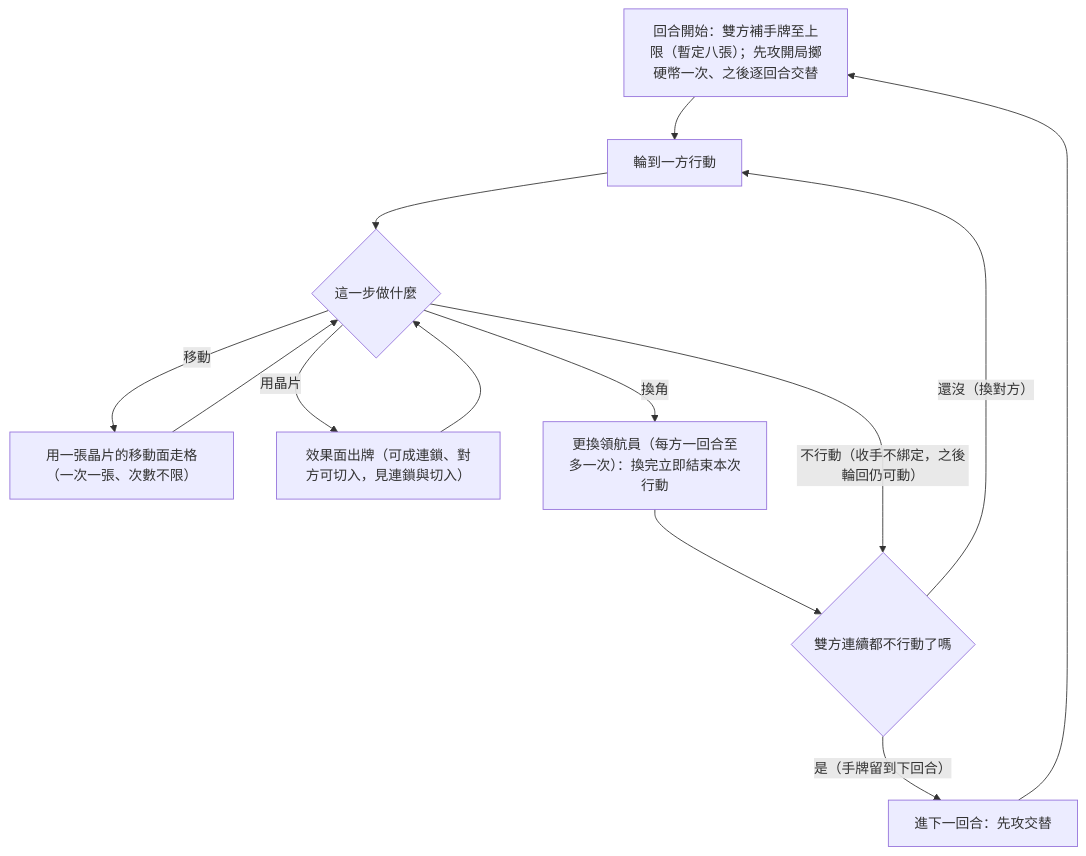
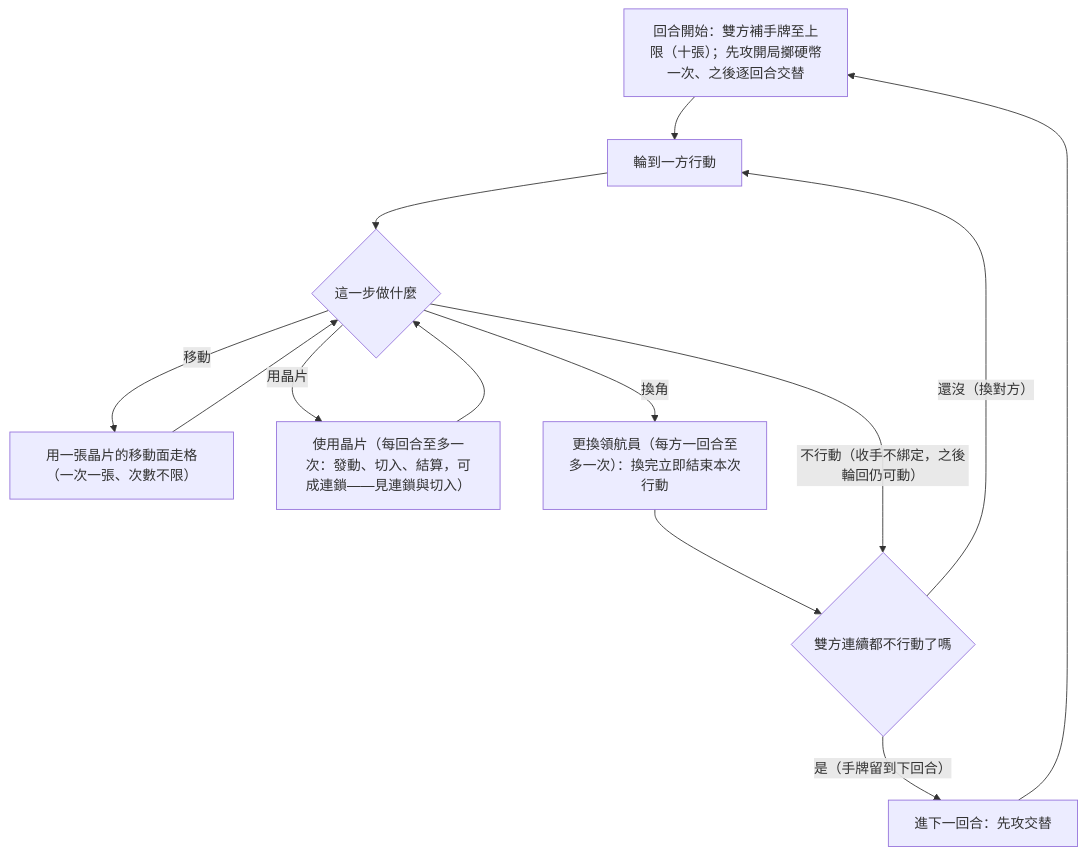
The diagram in content/1_確立項/確立項_回合與行動.md (p4raw4ku/darrens-note-digo), drawn with Mermaid before and after one commit. The commit also changed other lines of this file and 398 other files, not shown here.

````diff
--- a/content/1_確立項/確立項_回合與行動.md
+++ b/content/1_確立項/確立項_回合與行動.md
@@ -28,11 +29,11 @@
 ```mermaid
 flowchart TD
-    R["回合開始：雙方補手牌至上限（暫定八張）；先攻開局擲硬幣一次、之後逐回合交替"] --> T["輪到一方行動"]
+    R["回合開始：雙方補手牌至上限（十張）；先攻開局擲硬幣一次、之後逐回合交替"] --> T["輪到一方行動"]
     T --> A{"這一步做什麼"}
     A -->|移動| M["用一張晶片的移動面走格（一次一張、次數不限）"] --> A
-    A -->|用晶片| U["效果面出牌（可成連鎖、對方可切入，見連鎖與切入）"] --> A
+    A -->|用晶片| U["使用晶片（每回合至多一次：發動、切入、結算，可成連鎖——見連鎖與切入）"] --> A
     A -->|換角| S["更換領航員（每方一回合至多一次）：換完立即結束本次行動"] --> W
     A -->|不行動（收手不綁定，之後輪回仍可動）| W{"雙方連續都不行動了嗎"}
     W -->|還沒（換對方）| T
     W -->|是（手牌留到下回合）| N["進下一回合：先攻交替"] --> R
 ```
````
